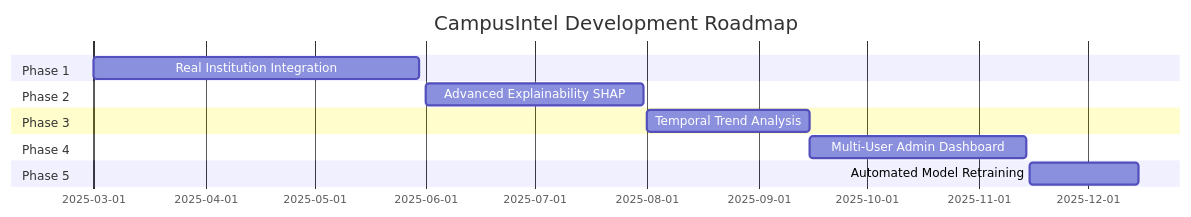
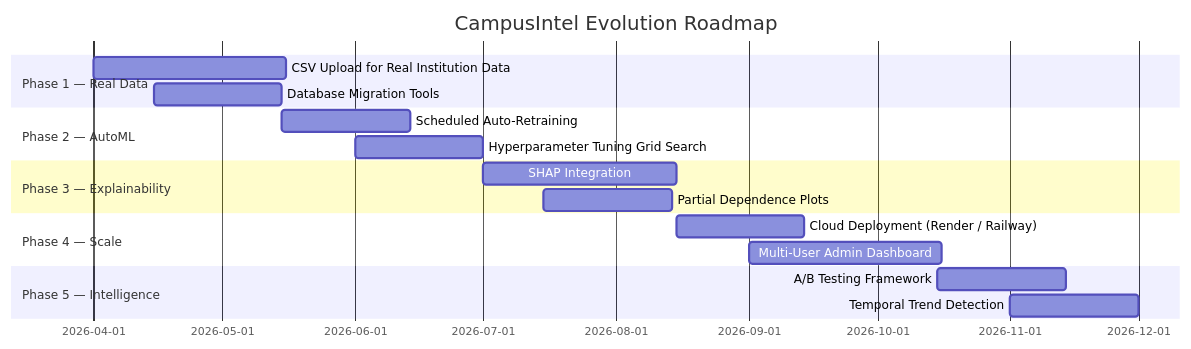
One commit to vengeance0112/Campus-Intel---Hackathon-3 changed diagram 15 of 15 in README.md. Above: the diagram before and after it, drawn with Mermaid. The commit also changed other lines of this file, not shown here.

````diff
--- a/README.md
+++ b/README.md
@@ -894,15 +1074,20 @@
 ```mermaid
 gantt
-    title CampusIntel Development Roadmap
+    title CampusIntel Evolution Roadmap
     dateFormat YYYY-MM-DD
-    section Phase 1
-    Real Institution Integration    :2025-03-01, 90d
-    section Phase 2
-    Advanced Explainability SHAP  :2025-06-01, 60d
-    section Phase 3
-    Temporal Trend Analysis        :2025-08-01, 45d
-    section Phase 4
-    Multi-User Admin Dashboard     :2025-09-15, 60d
-    section Phase 5
-    Automated Model Retraining     :2025-11-15, 30d
+    section Phase 1 — Real Data
+    CSV Upload for Real Institution Data   :2026-04-01, 45d
+    Database Migration Tools               :2026-04-15, 30d
+    section Phase 2 — AutoML
+    Scheduled Auto-Retraining              :2026-05-15, 30d
+    Hyperparameter Tuning Grid Search      :2026-06-01, 30d
+    section Phase 3 — Explainability
+    SHAP Integration                       :2026-07-01, 45d
+    Partial Dependence Plots               :2026-07-15, 30d
+    section Phase 4 — Scale
+    Cloud Deployment (Render / Railway)    :2026-08-15, 30d
+    Multi-User Admin Dashboard             :2026-09-01, 45d
+    section Phase 5 — Intelligence
+    A/B Testing Framework                  :2026-10-15, 30d
+    Temporal Trend Detection               :2026-11-01, 30d
 ```
````
